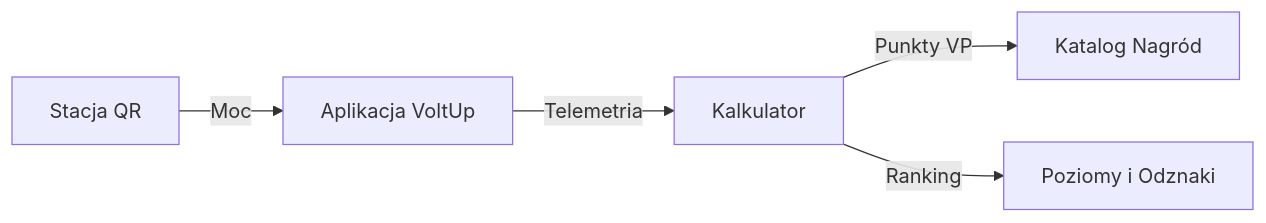
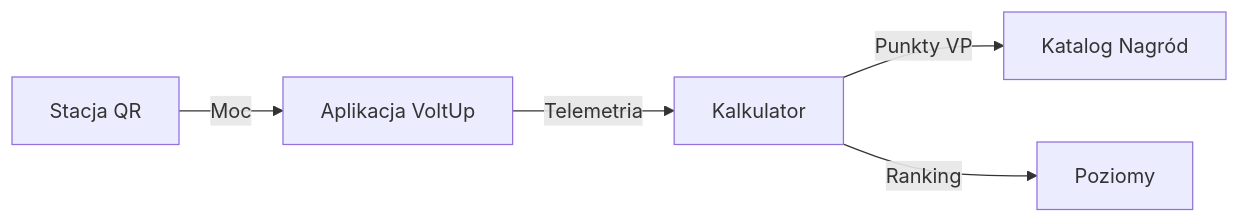
One commit to LukaszMatecki/HealthUp changed the diagram in README.md. Above: the diagram before and after it, drawn with Mermaid.

Commit message:
Update flowchart label

````diff
--- a/README.md
+++ b/README.md
@@ -58,7 +58,7 @@
 ```mermaid
 flowchart LR
     A["Stacja QR"] -->|Moc| B["Aplikacja VoltUp"]
     B -->|Telemetria| C["Kalkulator"]
     C -->|Punkty VP| D["Katalog Nagród"]
-    C -->|Ranking| E["Poziomy i Odznaki"]
+    C -->|Ranking| E["Poziomy"]
 ```
````
